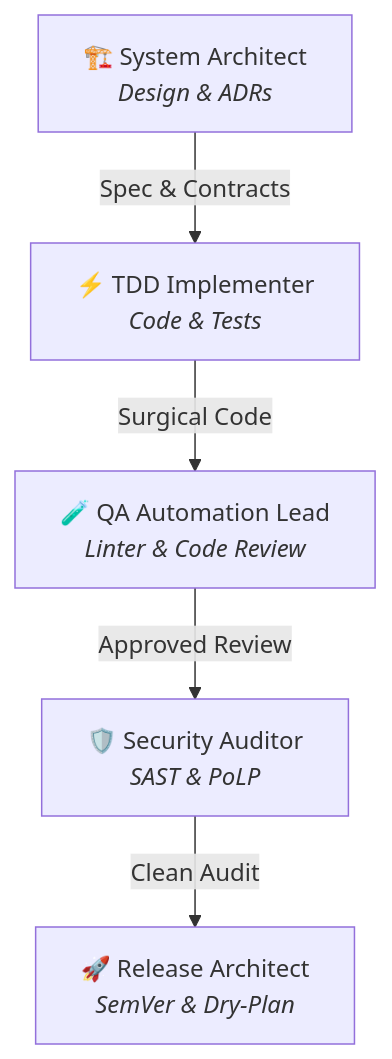
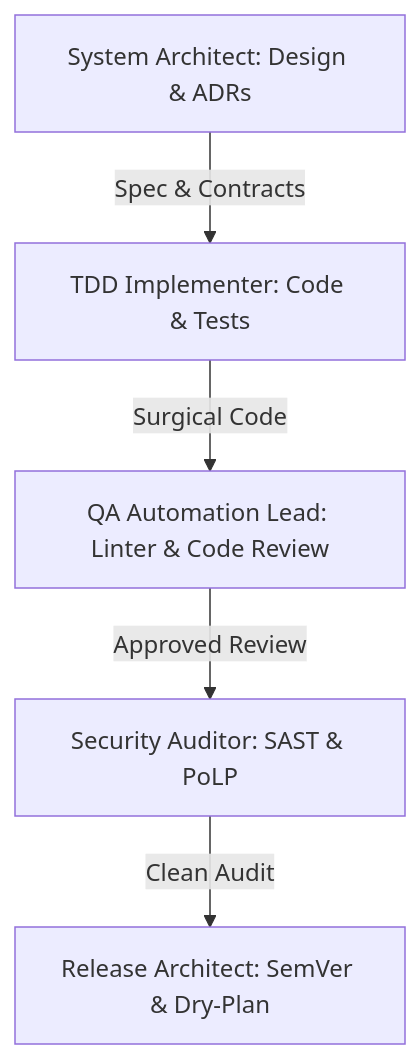
Before and after one commit to jmblanco/agentic-engineering-framework: the second of 4 diagrams in README.md, drawn with Mermaid. The commit also changed other lines of this file and 1 other file, not shown here.

Commit message:
docs: fix Mermaid diagram rendering, add intellectual origins section, and update attribution

````diff
--- a/README.md
+++ b/README.md
@@ -60,13 +72,13 @@
 ```mermaid
-graph TD
-    SA["🏗️ System Architect<br/><i>Design & ADRs</i>"]
-    TI["⚡ TDD Implementer<br/><i>Code & Tests</i>"]
-    QA["🧪 QA Automation Lead<br/><i>Linter & Code Review</i>"]
-    SEC["🛡️ Security Auditor<br/><i>SAST & PoLP</i>"]
-    REL["🚀 Release Architect<br/><i>SemVer & Dry-Plan</i>"]
+flowchart TD
+    SA["System Architect: Design & ADRs"]
+    TI["TDD Implementer: Code & Tests"]
+    QA["QA Automation Lead: Linter & Code Review"]
+    SEC["Security Auditor: SAST & PoLP"]
+    REL["Release Architect: SemVer & Dry-Plan"]
 
     SA -->|"Spec & Contracts"| TI
     TI -->|"Surgical Code"| QA
     QA -->|"Approved Review"| SEC
     SEC -->|"Clean Audit"| REL
 ```
````
